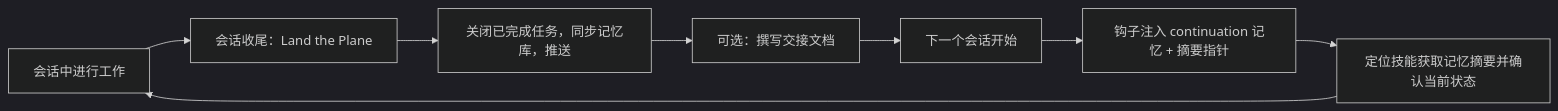
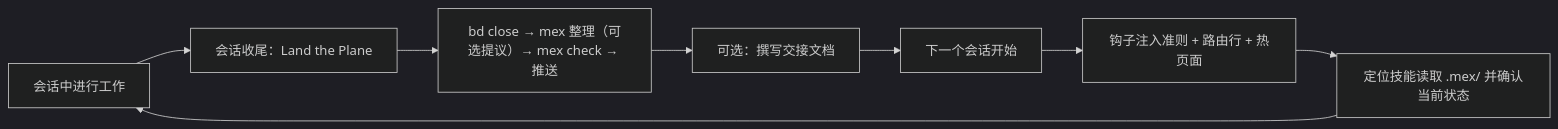
One commit to strider4560/beads-superpowers changed the third of 3 diagrams in docs/zh/memory.md. Above: the diagram before and after it, drawn with Mermaid (dark theme). The commit also changed other lines of this file and 21 other files, not shown here.

Commit message:
docs: mex durable-knowledge architecture, en+zh (beads-superpowers-spl)

````diff
--- a/docs/zh/memory.md
+++ b/docs/zh/memory.md
@@ -75,10 +164,10 @@
 ```mermaid
 flowchart LR
   A["会话中进行工作"] --> B["会话收尾：Land the Plane"]
-  B --> C["关闭已完成任务，同步记忆库，推送"]
+  B --> C["bd close → mex 整理（可选提议）→ mex check → 推送"]
   C --> D["可选：撰写交接文档"]
   D --> E["下一个会话开始"]
-  E --> F["钩子注入 continuation 记忆 + 摘要指针"]
-  F --> G["定位技能获取记忆摘要并确认当前状态"]
+  E --> F["钩子注入准则 + 路由行 + 热页面"]
+  F --> G["定位技能读取 .mex/ 并确认当前状态"]
   G --> A
 ```
````
